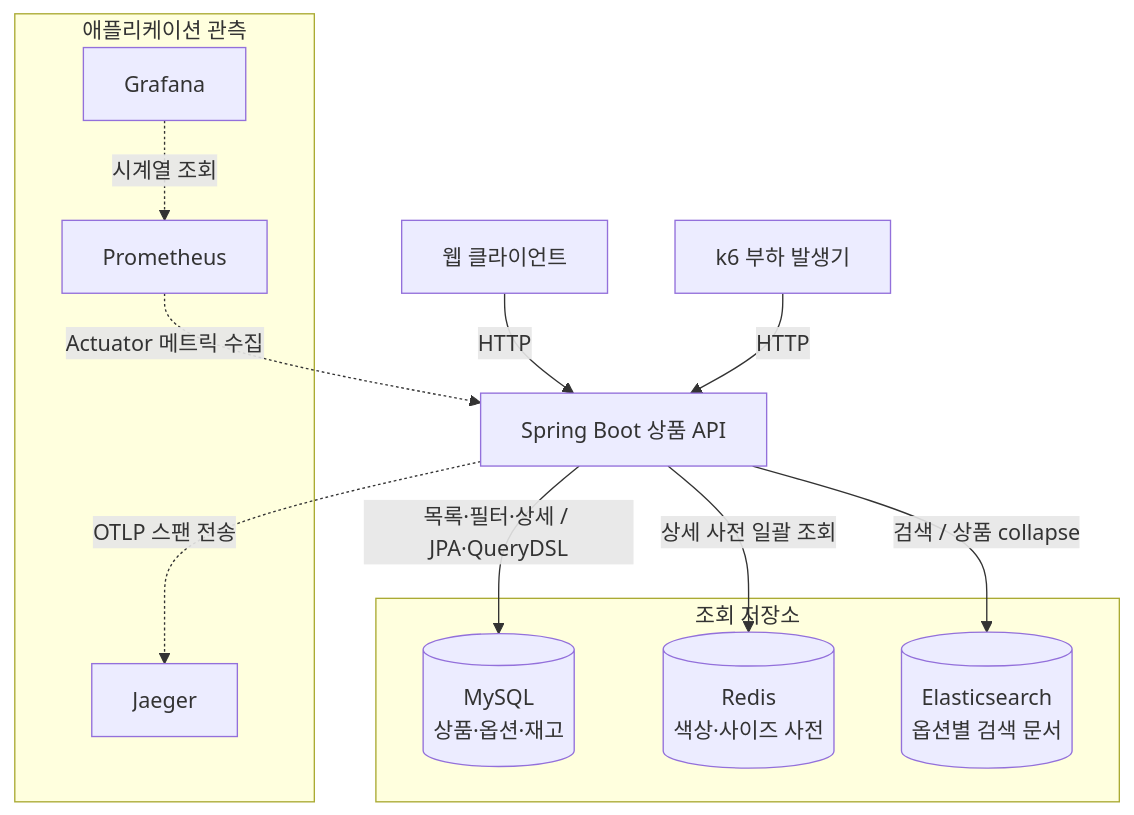
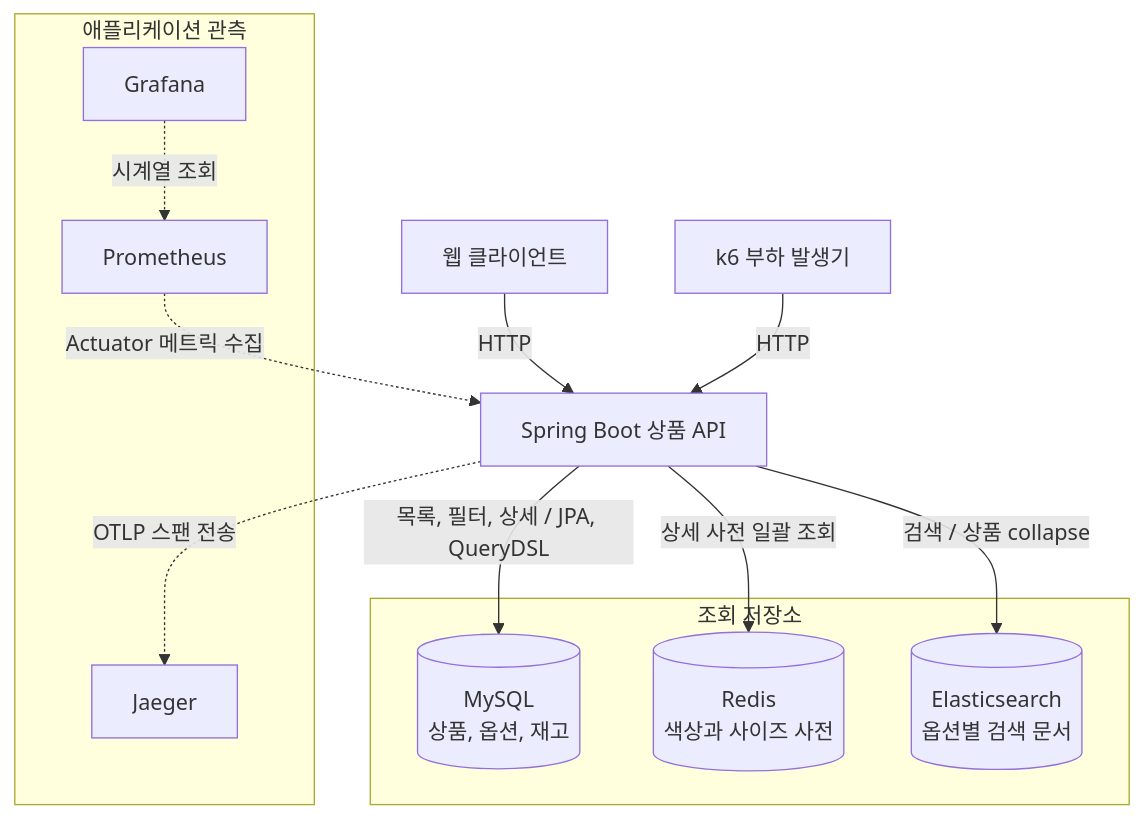
One commit to K-MarkLee/musinsa_server changed the diagram in README.ko.md. Above: the diagram before and after it, drawn with Mermaid. The commit also changed other lines of this file and 25 other files, not shown here.

````diff
--- a/README.ko.md
+++ b/README.ko.md
@@ -90,25 +78,25 @@
 ```mermaid
 flowchart TB
     WEB["웹 클라이언트"] -->|HTTP| API["Spring Boot 상품 API"]
     K6["k6 부하 발생기"] -->|HTTP| API
 
     subgraph DATA["조회 저장소"]
-        MYSQL[("MySQL<br/>상품·옵션·재고")]
-        REDIS[("Redis<br/>색상·사이즈 사전")]
+        MYSQL[("MySQL<br/>상품, 옵션, 재고")]
+        REDIS[("Redis<br/>색상과 사이즈 사전")]
         ES[("Elasticsearch<br/>옵션별 검색 문서")]
     end
 
-    API -->|"목록·필터·상세 / JPA·QueryDSL"| MYSQL
+    API -->|"목록, 필터, 상세 / JPA, QueryDSL"| MYSQL
     API -->|"상세 사전 일괄 조회"| REDIS
     API -->|"검색 / 상품 collapse"| ES
 
     subgraph OBS["애플리케이션 관측"]
         PROM["Prometheus"]
         GRAFANA["Grafana"]
         JAEGER["Jaeger"]
     end
 
     PROM -.->|"Actuator 메트릭 수집"| API
     GRAFANA -.->|"시계열 조회"| PROM
     API -.->|"OTLP 스팬 전송"| JAEGER
 ```
````
